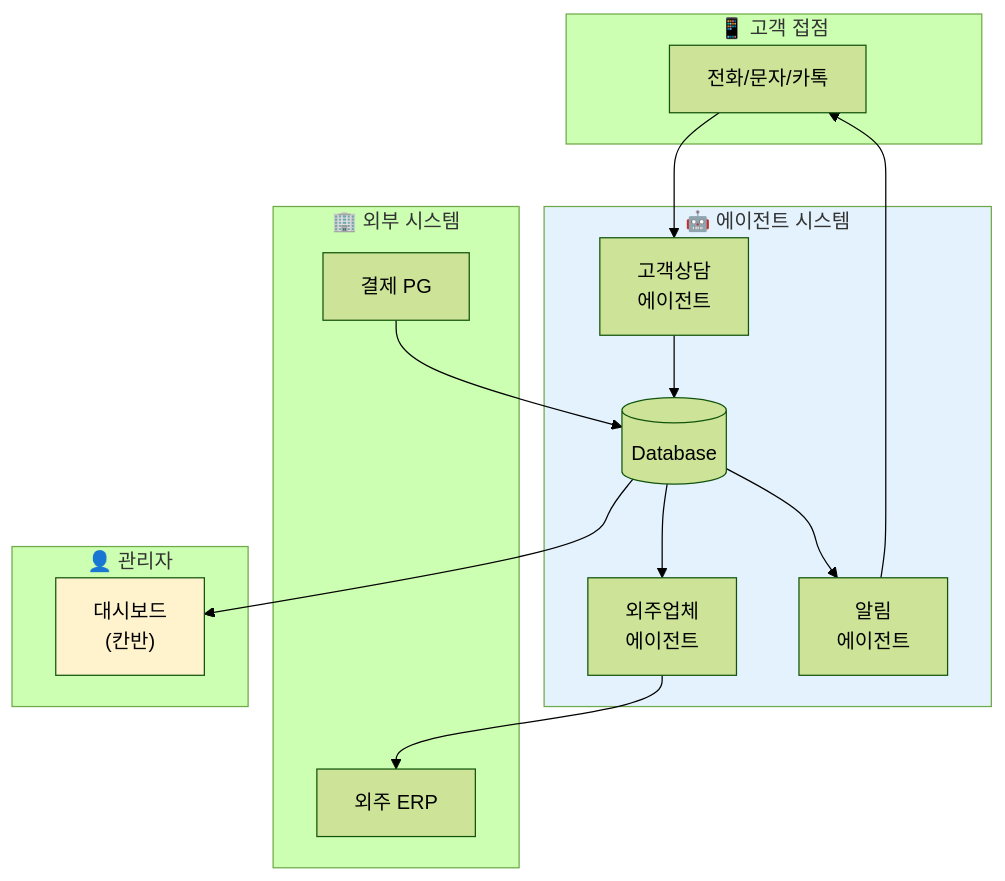
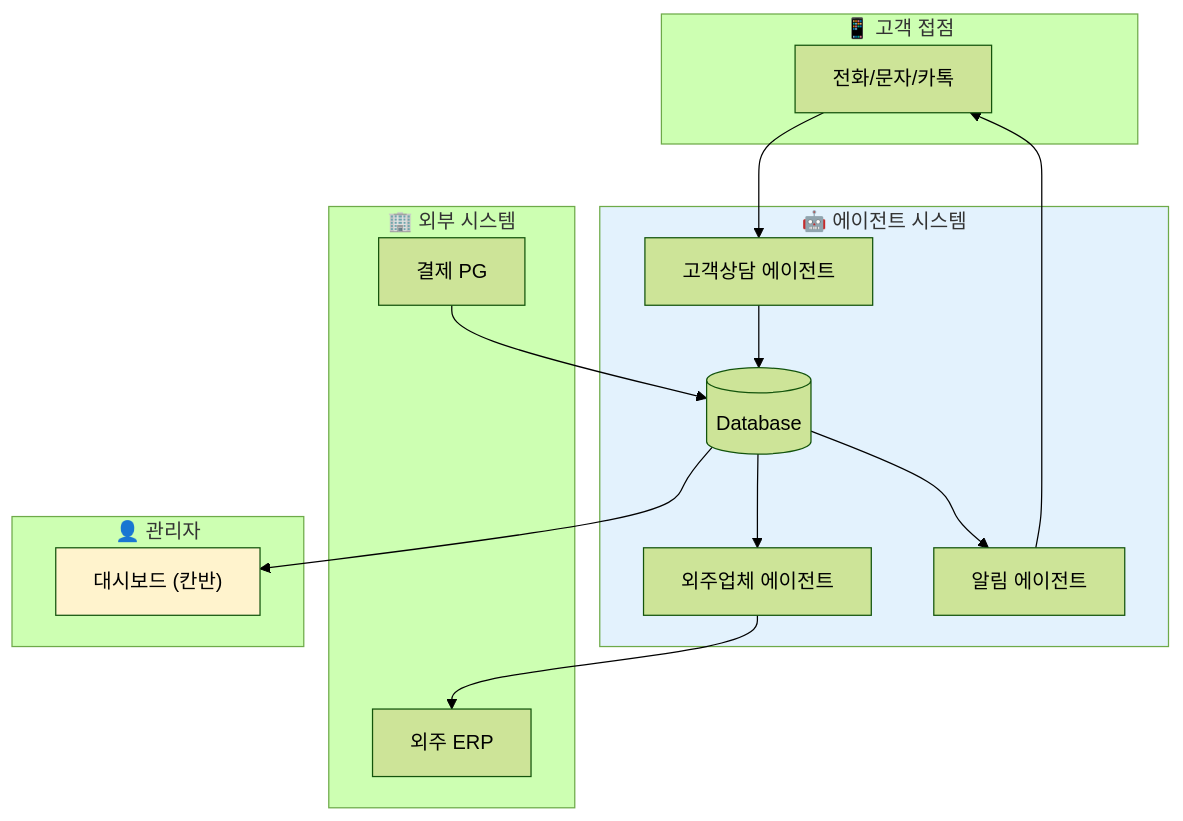
The first of 3 diagrams in 01-why/12-ticket.md (Kanghyeop/pages-book-agent101), drawn with Mermaid (forest theme) before and after one commit. The commit also changed other lines of this file and 48 other files, not shown here.

First line of the commit message:
fix: Mermaid 렌더링 + SVG 경로 수정

````diff
--- a/01-why/12-ticket.md
+++ b/01-why/12-ticket.md
@@ -102,34 +102,34 @@
 ```mermaid
 flowchart TB
     subgraph CustomerContact["📱 고객 접점"]
         Phone["전화/문자/카톡"]
     end
 
     subgraph AgentSystem["🤖 에이전트 시스템"]
-        CS["고객상담<br/>에이전트"]
-        Vendor["외주업체<br/>에이전트"]
-        Alert["알림<br/>에이전트"]
+        CS["고객상담 에이전트"]
+        Vendor["외주업체 에이전트"]
+        Alert["알림 에이전트"]
         DB[("Database")]
     end
 
     subgraph ExternalSystem["🏢 외부 시스템"]
         ERP["외주 ERP"]
         PG["결제 PG"]
     end
 
     subgraph Admin["👤 관리자"]
-        Dashboard["대시보드<br/>(칸반)"]
+        Dashboard["대시보드 (칸반)"]
     end
 
     Phone --> CS
     CS --> DB
     DB --> Vendor
     Vendor --> ERP
     PG --> DB
     DB --> Alert
     Alert --> Phone
     DB --> Dashboard
 
     style AgentSystem fill:#E3F2FD
     style Dashboard fill:#FFF3CD
 ```
````
